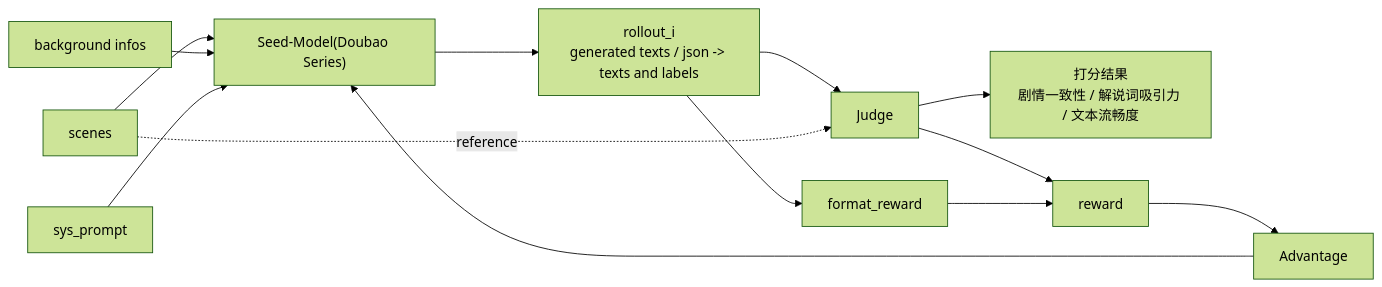
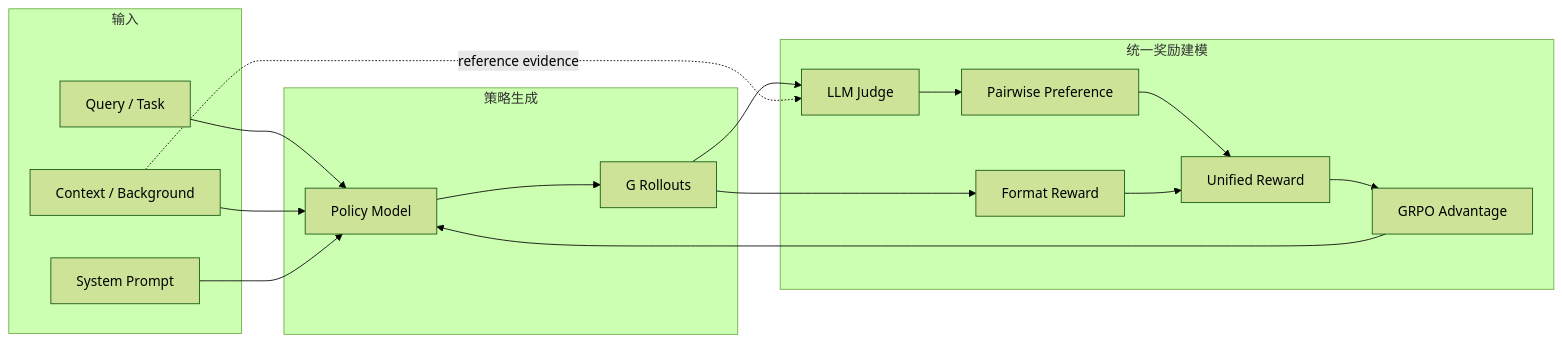
Before and after one commit to BrenchCC/AURA-GRPO: the second of 2 diagrams in README.md, drawn with Mermaid (forest theme). The commit also changed other lines of this file and 1 other file, not shown here.

First line of the commit message:
docs: rename framework to AURA-GRPO and refine README diagrams

````diff
--- a/README.md
+++ b/README.md
@@ -53,41 +39,33 @@
 ```mermaid
 flowchart LR
 
-%% ===== Inputs =====
-scenes["scenes"]
-background["background infos"]
-sys_prompt["sys_prompt"]
+subgraph input["输入"]
+    query["Query / Task"]
+    context["Context / Background"]
+    prompt["System Prompt"]
+end
 
-%% ===== Generation =====
-seed["Seed-Model(Doubao Series)"]
-rollout["rollout_i<br/>generated texts / json -> texts and labels"]
+subgraph policy["策略生成"]
+    model["Policy Model"]
+    rollout["G Rollouts"]
+end
 
-%% ===== Judge =====
-judge["Judge"]
-score["打分结果<br/>剧情一致性 / 解说词吸引力 / 文本流畅度"]
+subgraph reward["统一奖励建模"]
+    judge["LLM Judge"]
+    pairwise["Pairwise Preference"]
+    format_reward["Format Reward"]
+    unified["Unified Reward"]
+    advantage["GRPO Advantage"]
+end
 
-%% ===== RL =====
-format_reward["format_reward"]
-reward["reward"]
-advantage["Advantage"]
-
-%% ===== Connections =====
-
-scenes --> seed
-background --> seed
-sys_prompt --> seed
-
-seed --> rollout
-
+query --> model
+context --> model
+prompt --> model
+model --> rollout
 rollout --> judge
-scenes -. reference .-> judge
-
-judge --> score
-judge --> reward
-
 rollout --> format_reward
-format_reward --> reward
-
-reward --> advantage
-advantage --> seed
+judge --> pairwise --> unified
+format_reward --> unified
+unified --> advantage --> model
+context -. reference evidence .-> judge
 ```
````
